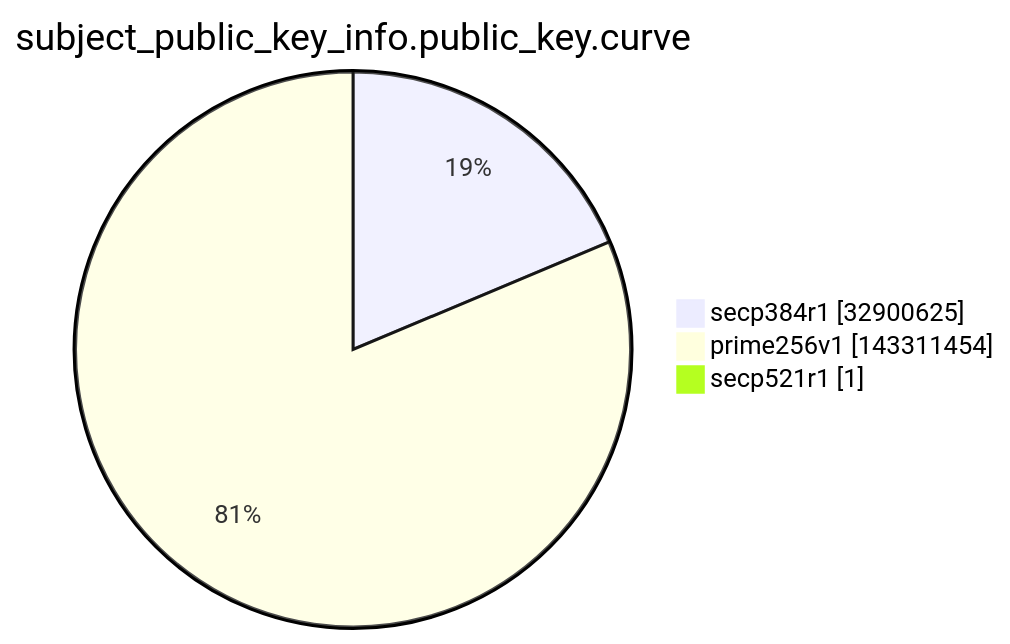
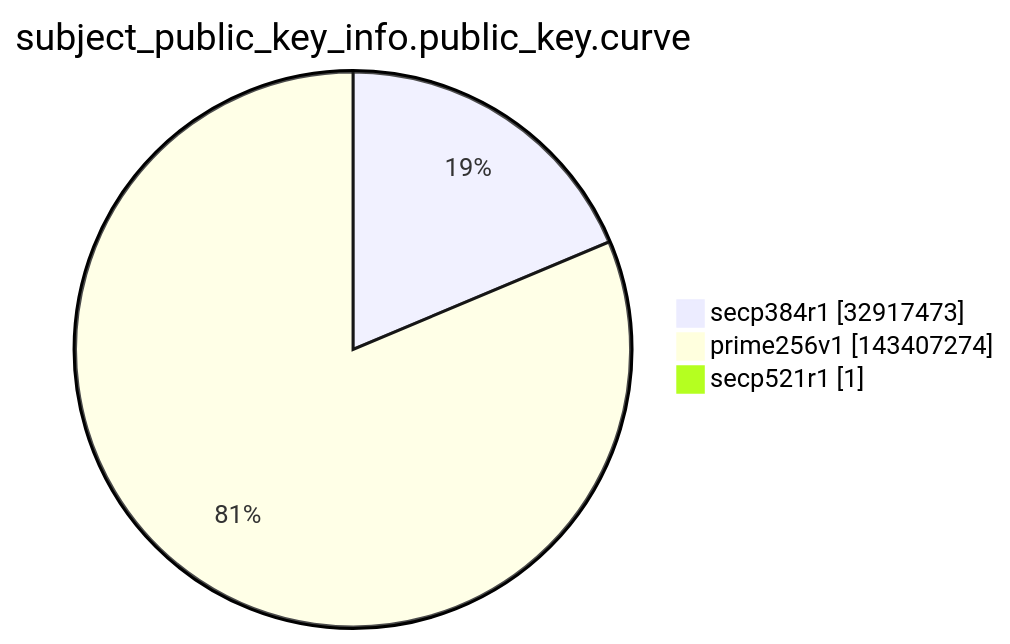
Before and after one commit to christiankrug/ctmonitor_visualization: the ninth of 15 diagrams in argon2022/README.md, drawn with Mermaid. The commit also changed other lines of this file, not shown here.

````diff
--- a/argon2022/README.md
+++ b/argon2022/README.md
@@ -2764,7 +2764,7 @@
 ```mermaid
 pie showData
 title subject_public_key_info.public_key.curve
-"secp384r1" :32900625
-"prime256v1" :143311454
+"secp384r1" :32917473
+"prime256v1" :143407274
 "secp521r1" :1
 ```
````
